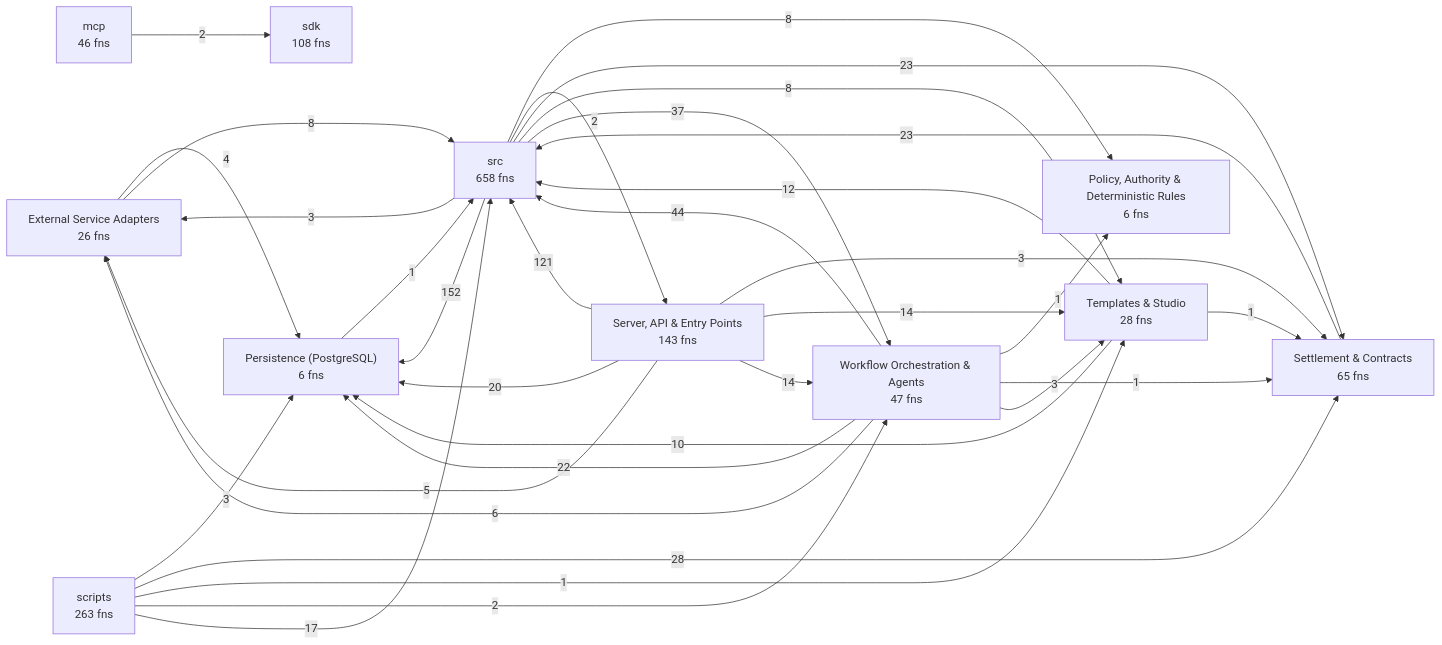
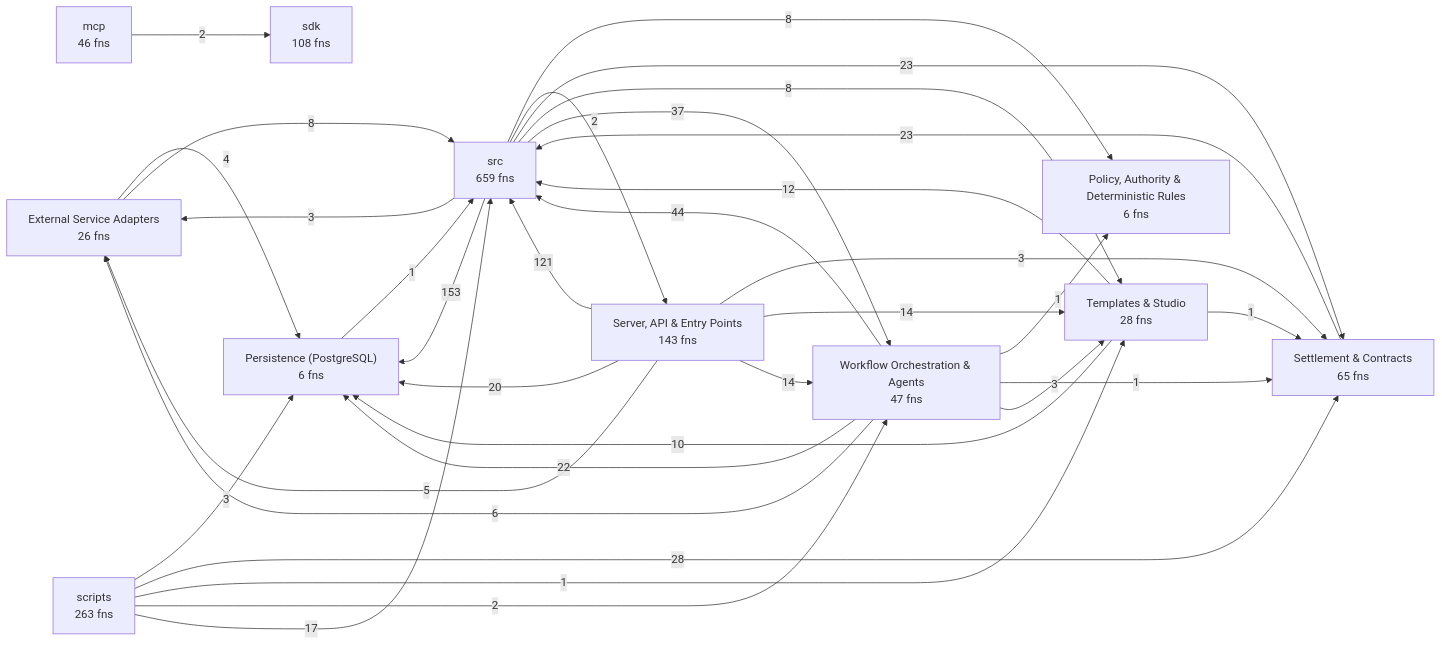
The first of 11 diagrams in docs/CODEBASE_MAP.md (Jaydearcadian/bind), drawn with Mermaid before and after one commit. The commit also changed other lines of this file and 3 other files, not shown here.

````diff
--- a/docs/CODEBASE_MAP.md
+++ b/docs/CODEBASE_MAP.md
@@ -12,46 +12,46 @@
 ```mermaid
 flowchart LR
   L0["External Service Adapters<br/>26 fns"]
   L1["Persistence (PostgreSQL)<br/>6 fns"]
   L2["Policy, Authority & Deterministic Rules<br/>6 fns"]
   L3["Server, API & Entry Points<br/>143 fns"]
   L4["Settlement & Contracts<br/>65 fns"]
   L5["Templates & Studio<br/>28 fns"]
   L6["Workflow Orchestration & Agents<br/>47 fns"]
   L7["mcp<br/>46 fns"]
   L8["scripts<br/>263 fns"]
   L9["sdk<br/>108 fns"]
-  L10["src<br/>658 fns"]
+  L10["src<br/>659 fns"]
   L0 -->|4| L1
   L0 -->|8| L10
   L1 -->|1| L10
   L3 -->|5| L0
   L3 -->|20| L1
   L3 -->|3| L4
   L3 -->|14| L5
   L3 -->|14| L6
   L3 -->|121| L10
   L4 -->|23| L10
   L5 -->|10| L1
   L5 -->|1| L4
   L5 -->|12| L10
   L6 -->|6| L0
   L6 -->|22| L1
   L6 -->|1| L2
   L6 -->|1| L4
   L6 -->|3| L5
   L6 -->|44| L10
   L7 -->|2| L9
   L8 -->|3| L1
   L8 -->|28| L4
   L8 -->|1| L5
   L8 -->|2| L6
   L8 -->|17| L10
   L10 -->|3| L0
-  L10 -->|152| L1
+  L10 -->|153| L1
   L10 -->|8| L2
   L10 -->|2| L3
   L10 -->|23| L4
   L10 -->|8| L5
   L10 -->|37| L6
 ```
````
